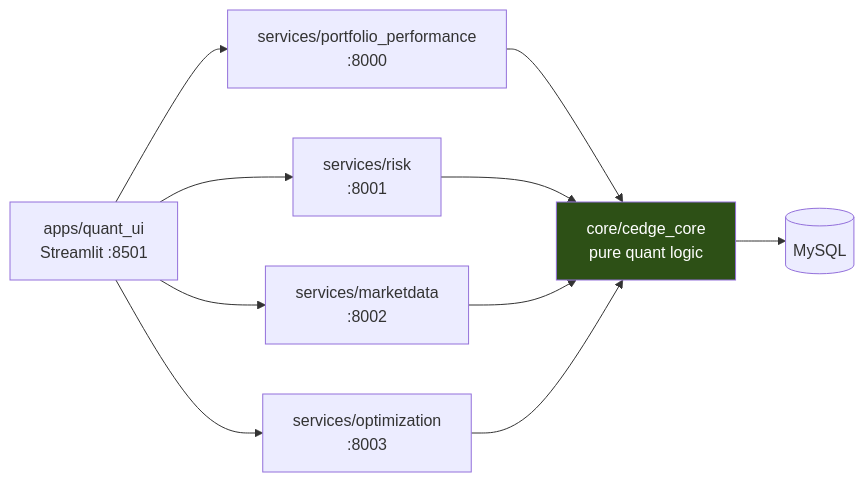
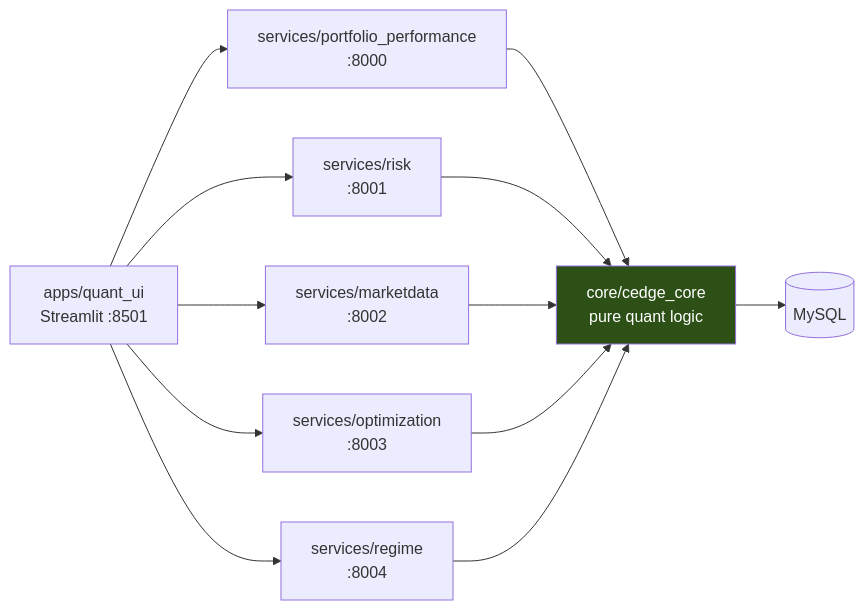
One commit to ChrisIJH/cedge changed the diagram in README.md. Above: the diagram before and after it, drawn with Mermaid. The commit also changed other lines of this file and 9 other files, not shown here.

````diff
--- a/README.md
+++ b/README.md
@@ -22,13 +22,15 @@
 ```mermaid
 graph LR
     A[apps/quant_ui<br/>Streamlit :8501] --> S1[services/portfolio_performance<br/>:8000]
     A --> S2[services/risk<br/>:8001]
     A --> S3[services/marketdata<br/>:8002]
     A --> S4[services/optimization<br/>:8003]
+    A --> S5[services/regime<br/>:8004]
     S1 --> C[core/cedge_core<br/>pure quant logic]
     S2 --> C
     S3 --> C
     S4 --> C
+    S5 --> C
     C --> D[(MySQL)]
     style C fill:#2d5016,color:#fff
 ```
````
